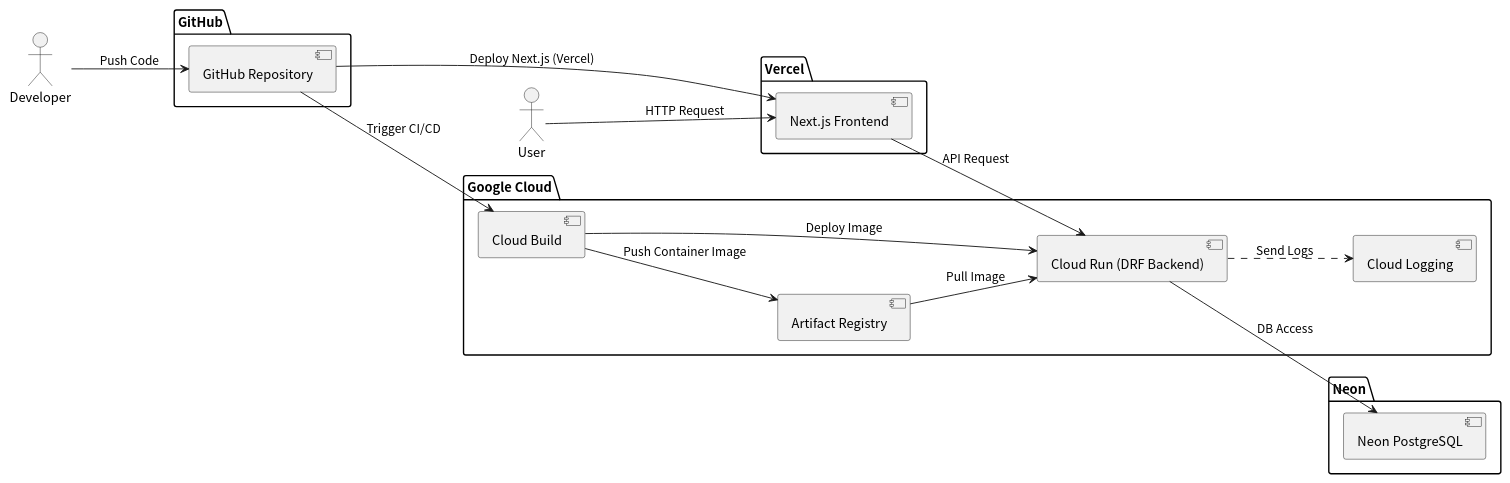
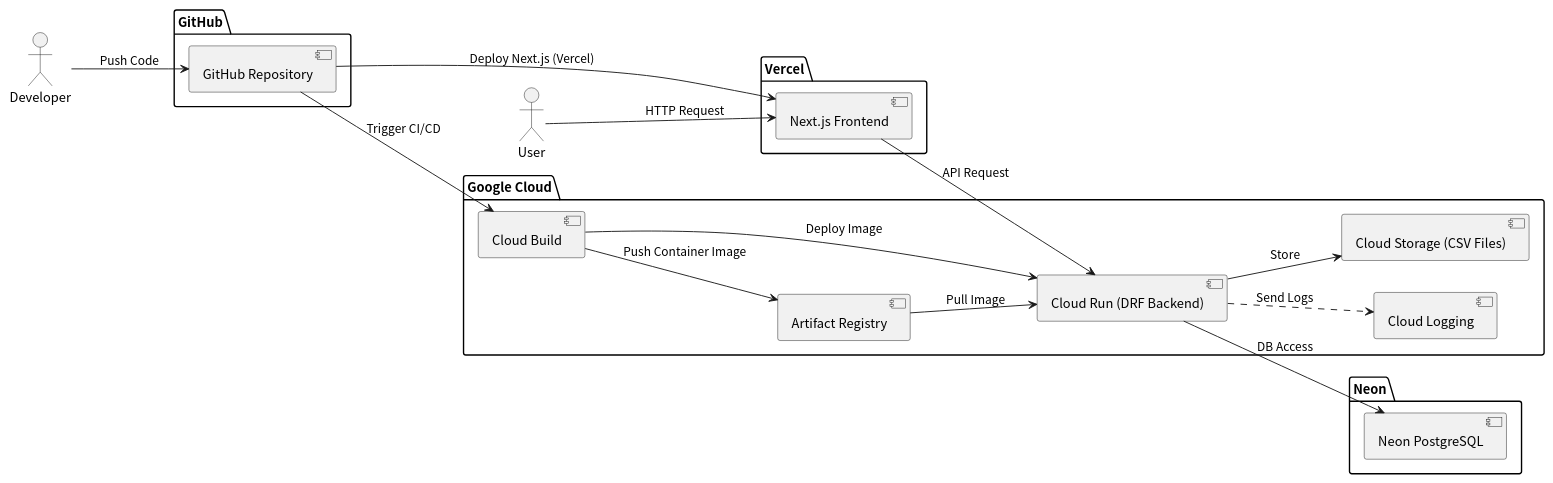
One commit to tomoki-shiozaki/vizshare changed the diagram in docs/system_architecture/system_architecture.pu. Above: the diagram before and after it, drawn with PlantUML.

Commit message:
docs: add system architecture

```diff
--- a/docs/system_architecture/system_architecture.pu
+++ b/docs/system_architecture/system_architecture.pu
@@ -1,43 +1,57 @@
 @startuml system_architecture
 skinparam defaultFontName "Noto Sans CJK JP"
 left to right direction
 
 actor User
 actor Developer
 
 package "Vercel" {
   component "Next.js Frontend" as Frontend
 }
 
 package "Google Cloud" {
   component "Cloud Build" as CloudBuild
   component "Artifact Registry" as ArtifactRegistry
   component "Cloud Run (DRF Backend)" as CloudRun
   component "Cloud Logging" as Logging
+  component "Cloud Storage (CSV Files)" as CloudStorage
 }
 
 package "Neon" {
   component "Neon PostgreSQL" as NeonPostgreSQL
 }
 
 package "GitHub" {
   component "GitHub Repository" as GitHubRepo
 }
 
+' =========================
 ' 開発からデプロイ（バックエンド）
+' =========================
 Developer --> GitHubRepo : Push Code
 GitHubRepo --> CloudBuild : Trigger CI/CD
 CloudBuild --> ArtifactRegistry : Push Container Image
 CloudBuild --> CloudRun : Deploy Image
 ArtifactRegistry --> CloudRun : Pull Image
 
+' =========================
 ' フロントエンド（Vercel）
+' =========================
 GitHubRepo --> Frontend : Deploy Next.js (Vercel)
 
+' =========================
 ' アプリ実行
+' =========================
 User --> Frontend : HTTP Request
 Frontend --> CloudRun : API Request
+
+' DBアクセス
 CloudRun --> NeonPostgreSQL : DB Access
+
+' CSVファイル保存・取得
+CloudRun --> CloudStorage : Store
+
+' ログ
 CloudRun ..> Logging : Send Logs
 
 @enduml
```
